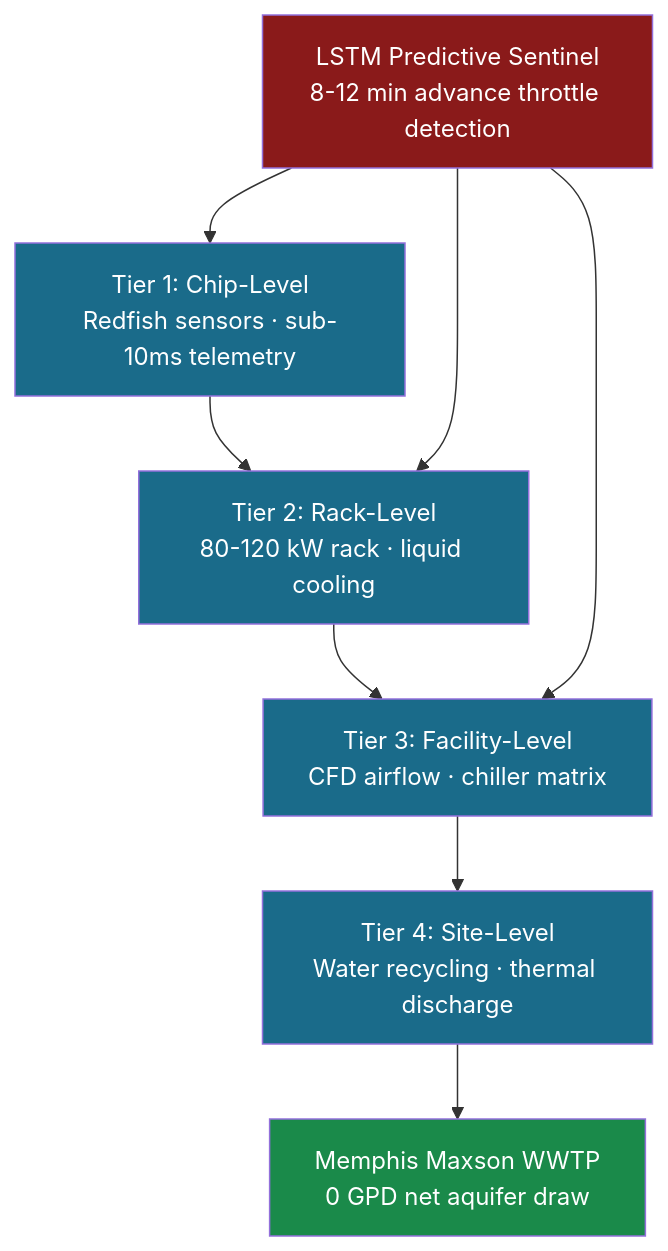
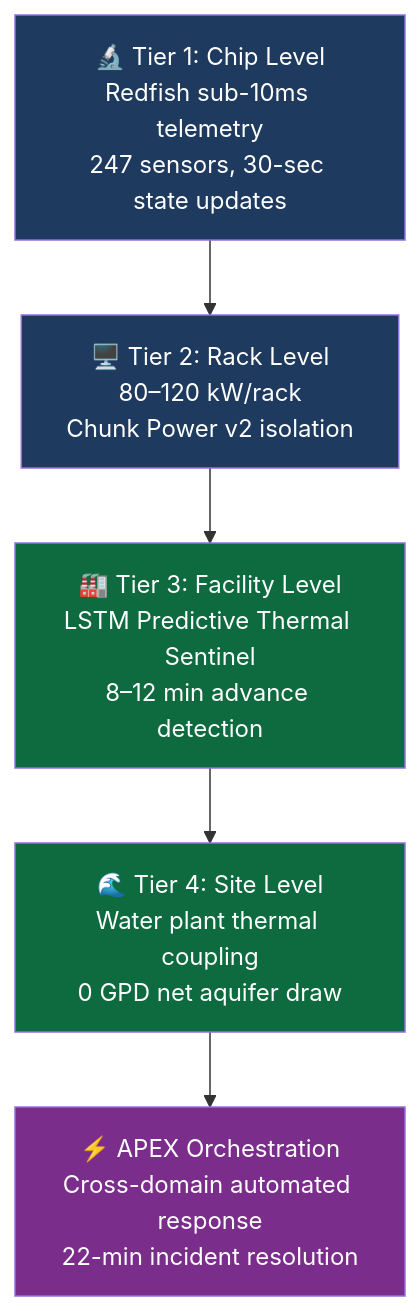
The diagram in README.md (GlacierEQ/xai-colossus-cooling), drawn with Mermaid before and after one commit. The commit also changed other lines of this file and 8 other files, not shown here.

Commit message:
World-class iteration: clean root, fix all stubs, document CHUNK_POWER_v2 + gauntlet, remove GLOBAL_SYNC_STAMP, hide .shadow

````diff
--- a/README.md
+++ b/README.md
@@ -23,16 +30,12 @@
 ```mermaid
 graph TD
-    A[Tier 1: Chip-Level\nRedfish sensors · sub-10ms telemetry] --> B[Tier 2: Rack-Level\n80-120 kW rack · liquid cooling]
-    B --> C[Tier 3: Facility-Level\nCFD airflow · chiller matrix]
-    C --> D[Tier 4: Site-Level\nWater recycling · thermal discharge]
-    E[LSTM Predictive Sentinel\n8-12 min advance throttle detection] --> A
-    E --> B
-    E --> C
-    D --> F[Memphis Maxson WWTP\n0 GPD net aquifer draw]
-    style A fill:#1a6b8a,color:#fff
-    style B fill:#1a6b8a,color:#fff
-    style C fill:#1a6b8a,color:#fff
-    style D fill:#1a6b8a,color:#fff
-    style E fill:#8a1a1a,color:#fff
-    style F fill:#1a8a4a,color:#fff
+    A["🔬 Tier 1: Chip Level\nRedfish sub-10ms telemetry\n247 sensors, 30-sec state updates"] --> B["🖥️ Tier 2: Rack Level\n80–120 kW/rack\nChunk Power v2 isolation"]
+    B --> C["🏭 Tier 3: Facility Level\nLSTM Predictive Thermal Sentinel\n8–12 min advance detection"]
+    C --> D["🌊 Tier 4: Site Level\nWater plant thermal coupling\n0 GPD net aquifer draw"]
+    D --> E["⚡ APEX Orchestration\nCross-domain automated response\n22-min incident resolution"]
+    style A fill:#1e3a5f,color:#fff
+    style B fill:#1e3a5f,color:#fff
+    style C fill:#0d6b3f,color:#fff
+    style D fill:#0d6b3f,color:#fff
+    style E fill:#7b2d8b,color:#fff
 ```
````
